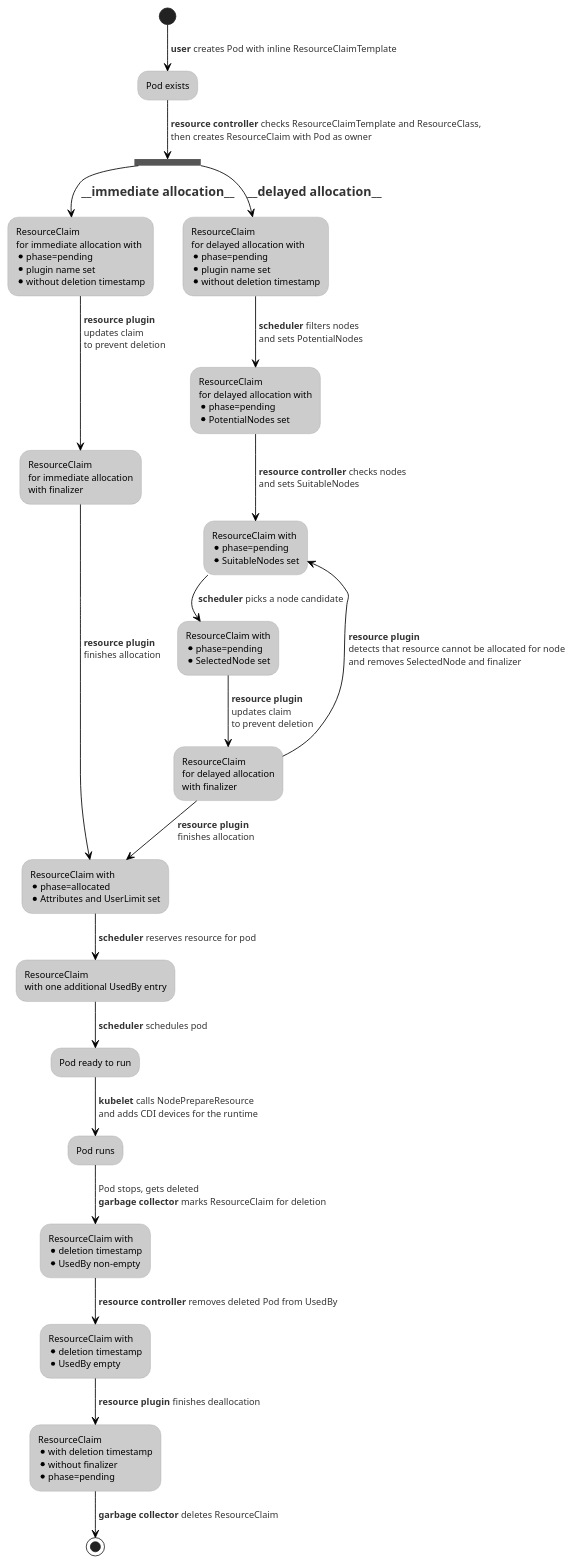
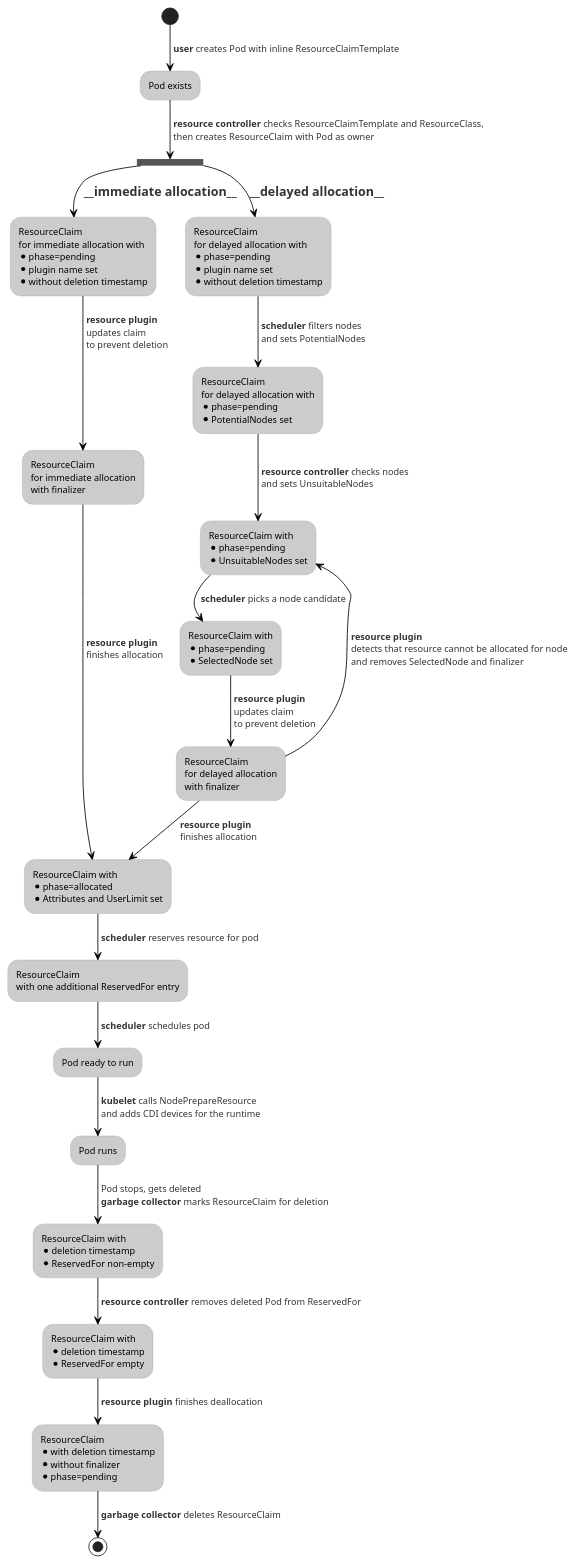
One commit to kubernetes/enhancements changed the diagram in keps/sig-node/3063-dynamic-resource-allocation/allocation.puml. Above: the diagram before and after it, drawn with PlantUML. The commit also changed 1 other file, not shown here.

Commit message:
dynamic resource allocation: finish implementation and PRR sections

```diff
--- a/keps/sig-node/3063-dynamic-resource-allocation/allocation.puml
+++ b/keps/sig-node/3063-dynamic-resource-allocation/allocation.puml
@@ -1,28 +1,28 @@
 @startuml
 !theme reddress-lightblue
 
 (*) -->[ **user** creates Pod with inline ResourceClaimTemplate ] "Pod exists"
 -->[ **resource controller** checks ResourceClaimTemplate and ResourceClass,\l then creates ResourceClaim with Pod as owner ] ==B1==
 
 ==B1== -->[= __immediate allocation__] "ResourceClaim\lfor immediate allocation with\l* phase=pending\l* plugin name set\l* without deletion timestamp"
   -->[ **resource plugin**\l updates claim\l to prevent deletion] "ResourceClaim\lfor immediate allocation\lwith finalizer"
   -->[ **resource plugin**\l finishes allocation] "ResourceClaim with\l* phase=allocated\n* Attributes and UserLimit set" as ALLOCATED
 
 
 ==B1== -->[= __delayed allocation__] "ResourceClaim\lfor delayed allocation with\l* phase=pending\l* plugin name set\l* without deletion timestamp"
   -->[ **scheduler** filters nodes\l and sets PotentialNodes ] "ResourceClaim\lfor delayed allocation with\l* phase=pending\l* PotentialNodes set"
-  -->[ **resource controller** checks nodes\l and sets SuitableNodes] "ResourceClaim with\l* phase=pending\l* SuitableNodes set" as READY_FOR_SCHEDULING
+  -->[ **resource controller** checks nodes\l and sets UnsuitableNodes] "ResourceClaim with\l* phase=pending\l* UnsuitableNodes set" as READY_FOR_SCHEDULING
   -->[ **scheduler** picks a node candidate ] "ResourceClaim with\l* phase=pending\l* SelectedNode set"
   -->[ **resource plugin**\l updates claim\l to prevent deletion] "ResourceClaim\lfor delayed allocation\lwith finalizer" as ALLOCATING
   -->[ **resource plugin**\l finishes allocation ] ALLOCATED
 
   ALLOCATING -->[ **resource plugin**\l detects that resource cannot be allocated for node\n and removes SelectedNode and finalizer ] READY_FOR_SCHEDULING
 
-ALLOCATED -->[ **scheduler** reserves resource for pod ]  "ResourceClaim\lwith one additional UsedBy entry"
+ALLOCATED -->[ **scheduler** reserves resource for pod ]  "ResourceClaim\lwith one additional ReservedFor entry"
 -->[ **scheduler** schedules pod ] "Pod ready to run"
 -->[ **kubelet** calls NodePrepareResource\l and adds CDI devices for the runtime ] "Pod runs"
--->[ Pod stops, gets deleted\l **garbage collector** marks ResourceClaim for deletion ] "ResourceClaim with\l* deletion timestamp\l* UsedBy non-empty"
--->[ **resource controller** removes deleted Pod from UsedBy ] "ResourceClaim with\l* deletion timestamp\l* UsedBy empty"
+-->[ Pod stops, gets deleted\l **garbage collector** marks ResourceClaim for deletion ] "ResourceClaim with\l* deletion timestamp\l* ReservedFor non-empty"
+-->[ **resource controller** removes deleted Pod from ReservedFor ] "ResourceClaim with\l* deletion timestamp\l* ReservedFor empty"
 -->[ **resource plugin** finishes deallocation ] "ResourceClaim\l* with deletion timestamp\l* without finalizer\l* phase=pending"
 -->[ **garbage collector** deletes ResourceClaim ] (*)
 @enduml
```
